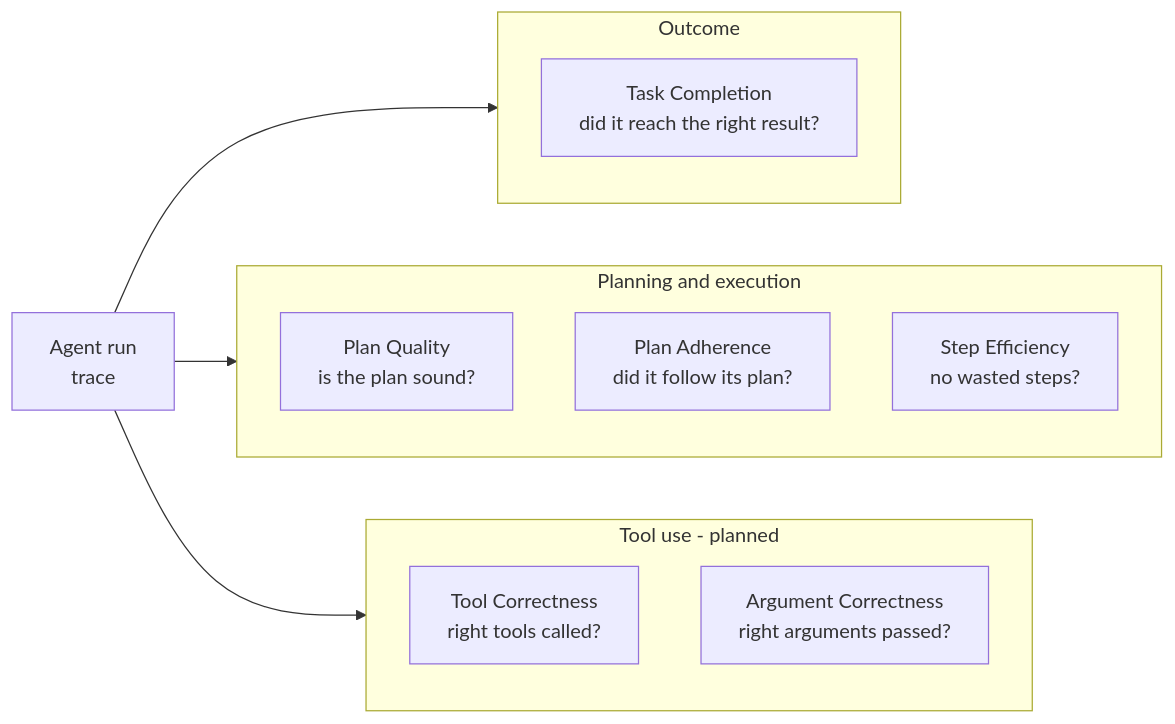
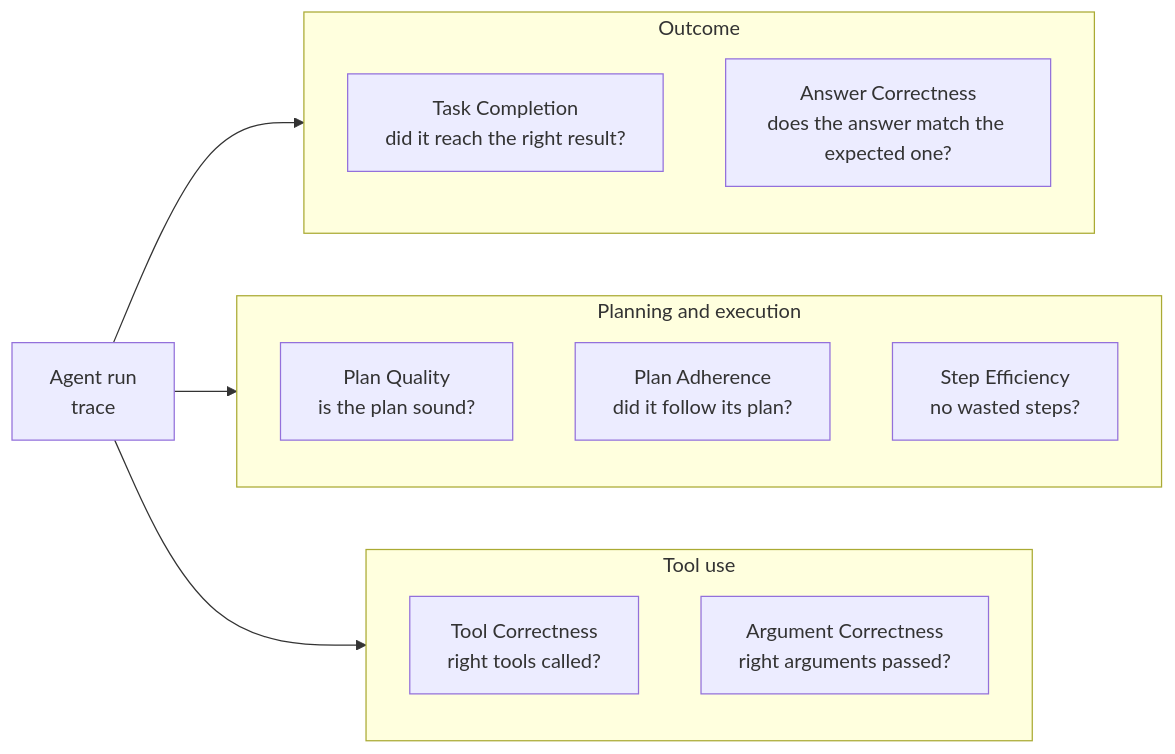
The second of 2 diagrams in README.md (OmarMohamed7/AI-Agent-Evaluation), drawn with Mermaid before and after one commit. The commit also changed other lines of this file, not shown here.

Commit message:
Update README: enhance evaluation metrics section with new scripts for answer correctness, tool correctness, and argument correctness; add evalall script for comprehensive evaluation execution.

````diff
--- a/README.md
+++ b/README.md
@@ -97,21 +119,22 @@
 ```mermaid
 flowchart LR
     RUN[Agent run<br/>trace] --> OUT
     RUN --> PLAN
     RUN --> TOOLS
 
     subgraph OUT [Outcome]
         TC[Task Completion<br/>did it reach the right result?]
+        AN[Answer Correctness<br/>does the answer match the expected one?]
     end
 
     subgraph PLAN [Planning and execution]
         PQ[Plan Quality<br/>is the plan sound?]
         PA[Plan Adherence<br/>did it follow its plan?]
         SE[Step Efficiency<br/>no wasted steps?]
     end
 
-    subgraph TOOLS [Tool use - planned]
+    subgraph TOOLS [Tool use]
         TCR[Tool Correctness<br/>right tools called?]
         AC[Argument Correctness<br/>right arguments passed?]
     end
 ```
````
